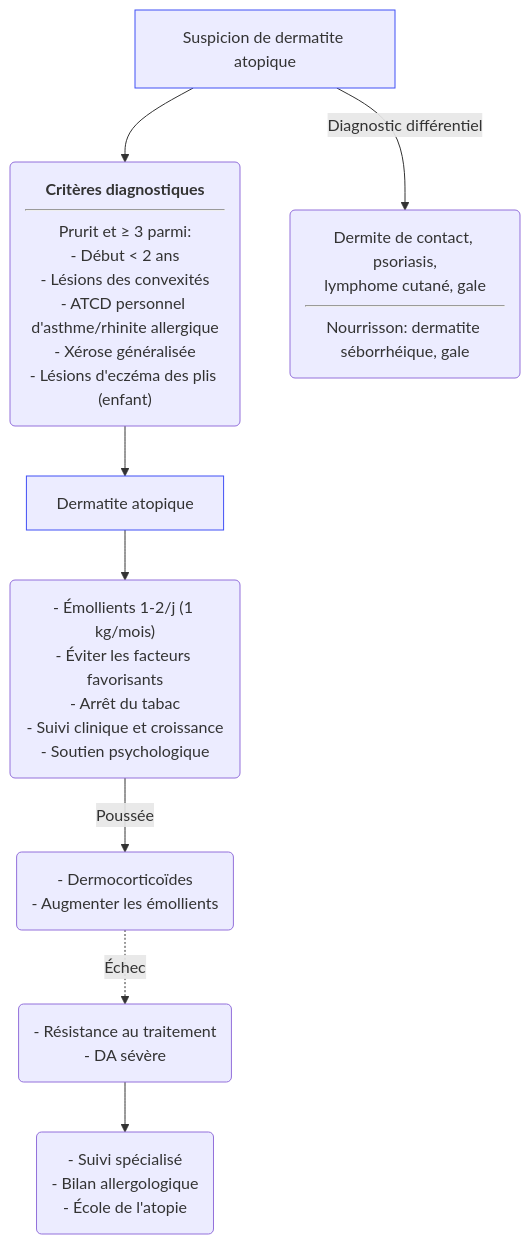
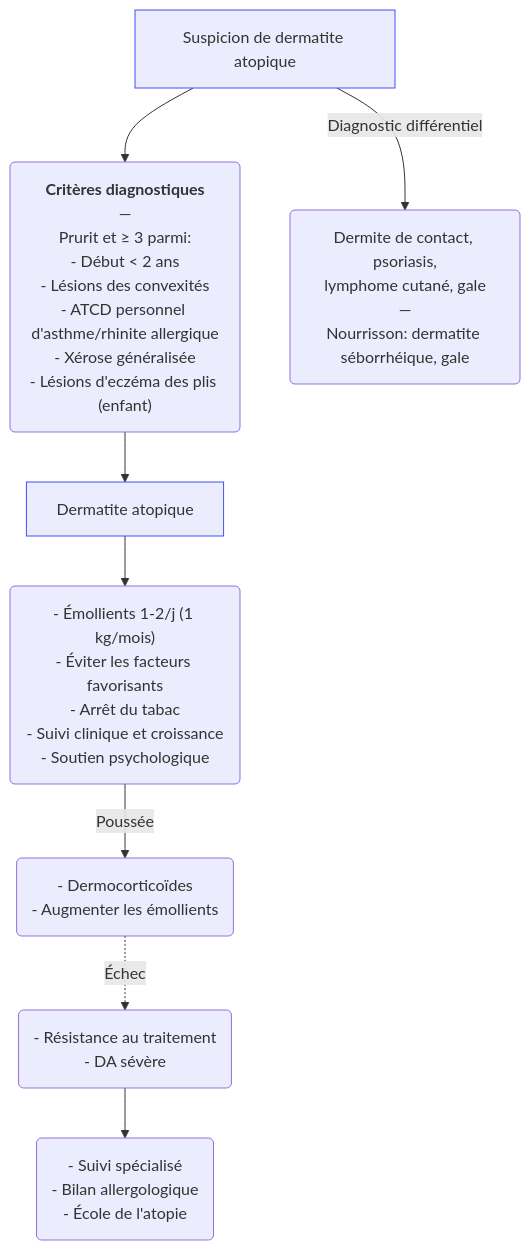
One commit to djibe/recommandations-medicales changed the diagram in content/recommandations/dermatite-atopique.md. Above: the diagram before and after it, drawn with Mermaid. The commit also changed 51 other files, not shown here.

```diff
--- a/content/recommandations/dermatite-atopique.md
+++ b/content/recommandations/dermatite-atopique.md
@@ -259,13 +259,13 @@
 {{< mermaid title="Conduite à tenir devant une suspicion de dermatite atopique et prise en charge de l'eczéma. Dr JB Fron d'après EADV 2020, CEDEF 2021 et SFD 2005" >}}
 graph TB
 accTitle: Conduite à tenir devant une suspicion de dermatite atopique et prise en charge de l'eczéma d'après EADV 2020, CEDEF 2021 et SFD 2005
   suspicion[Suspicion de dermatite atopique]
   style suspicion stroke:#4150f5, stroke-width:1px
-    suspicion --> criteres("<b>Critères diagnostiques</b><hr>Prurit et ≥ 3 parmi:<br>- Début &lt; 2 ans<br>- Lésions des convexités<br>- ATCD personnel d'asthme/rhinite allergique<br>- Xérose généralisée<br>- Lésions d'eczéma des plis (enfant)") --> diagnostic[Dermatite atopique]
+    suspicion --> criteres("<b>Critères diagnostiques</b><br>—<br>Prurit et ≥ 3 parmi:<br>- Début &lt; 2 ans<br>- Lésions des convexités<br>- ATCD personnel d'asthme/rhinite allergique<br>- Xérose généralisée<br>- Lésions d'eczéma des plis (enfant)") --> diagnostic[Dermatite atopique]
     style diagnostic stroke:#4150f5, stroke-width:1px
       diagnostic --> fond("- Émollients 1-2/j (1 kg/mois)<br>- Éviter les facteurs favorisants<br>- Arrêt du tabac<br>- Suivi clinique et croissance<br>- Soutien psychologique")
         fond -- Poussée --> dc("- Dermocorticoïdes<br>- Augmenter les émollients")
           dc -. Échec .-> echecs("- Résistance au traitement<br>- DA sévère")
             echecs --> spe("- Suivi spécialisé<br>- Bilan allergologique<br>- École de l'atopie")
-    suspicion -- Diagnostic différentiel --> differentiel("Dermite de contact, psoriasis,<br>lymphome cutané, gale<hr>Nourrisson: dermatite séborrhéique, gale")
+    suspicion -- Diagnostic différentiel --> differentiel("Dermite de contact, psoriasis,<br>lymphome cutané, gale<br>—<br>Nourrisson: dermatite séborrhéique, gale")
 {{< /mermaid >}}
```
